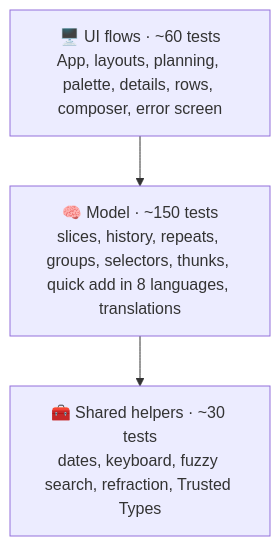
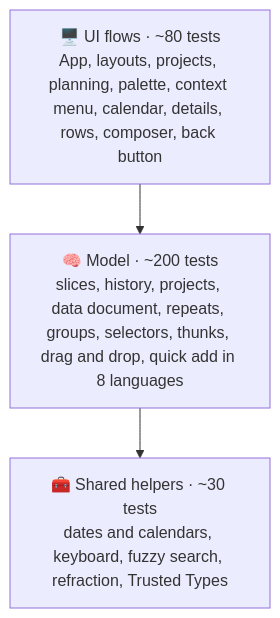
One commit to sacrificed666/react-todo-app changed the diagram in docs/testing.md. Above: the diagram before and after it, drawn with Mermaid. The commit also changed other lines of this file and 173 other files, not shown here.

````diff
--- a/docs/testing.md
+++ b/docs/testing.md
@@ -25,7 +25,7 @@
 ```mermaid
 flowchart TB
-  UI["🖥️ UI flows · ~60 tests<br/>App, layouts, planning, palette, details, rows, composer, error screen"]
-  Model["🧠 Model · ~150 tests<br/>slices, history, repeats, groups, selectors, thunks, quick add in 8 languages, translations"]
-  Lib["🧰 Shared helpers · ~30 tests<br/>dates, keyboard, fuzzy search, refraction, Trusted Types"]
+  UI["🖥️ UI flows · ~80 tests<br/>App, layouts, projects, planning, palette, context menu, calendar, details, rows, composer, back button"]
+  Model["🧠 Model · ~200 tests<br/>slices, history, projects, data document, repeats, groups, selectors, thunks, drag and drop, quick add in 8 languages"]
+  Lib["🧰 Shared helpers · ~30 tests<br/>dates and calendars, keyboard, fuzzy search, refraction, Trusted Types"]
   UI --> Model --> Lib
 ```
````
